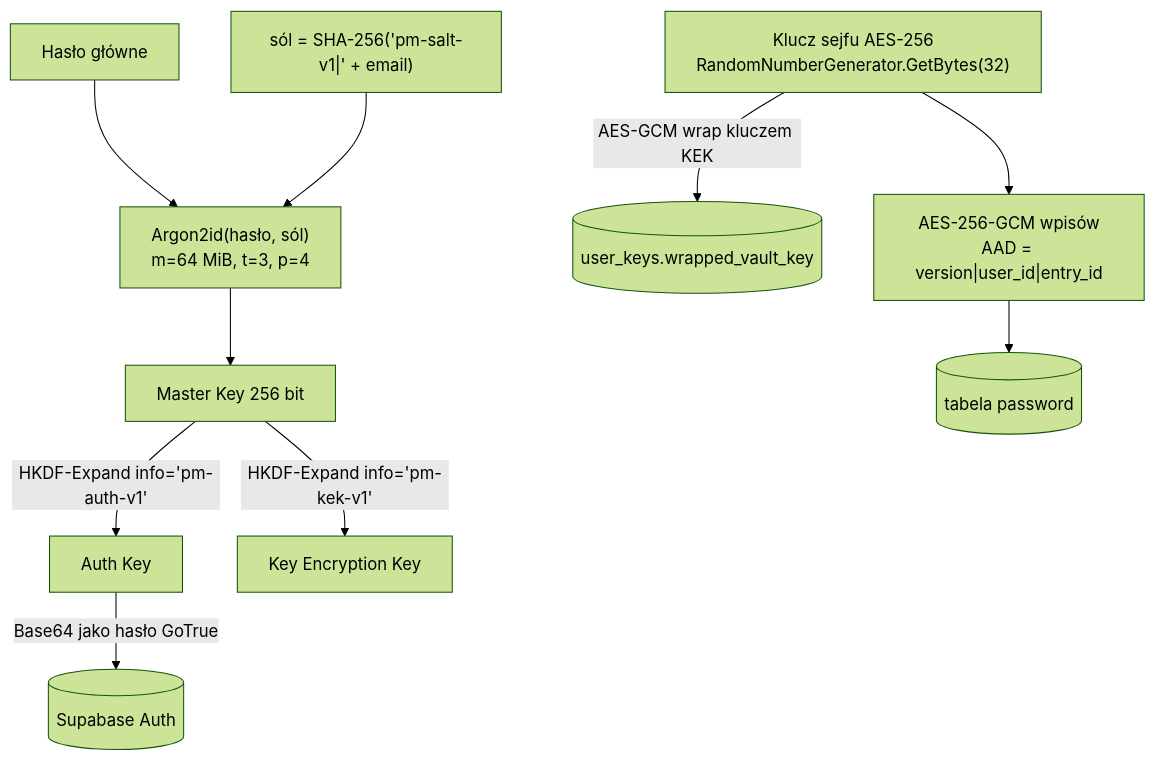
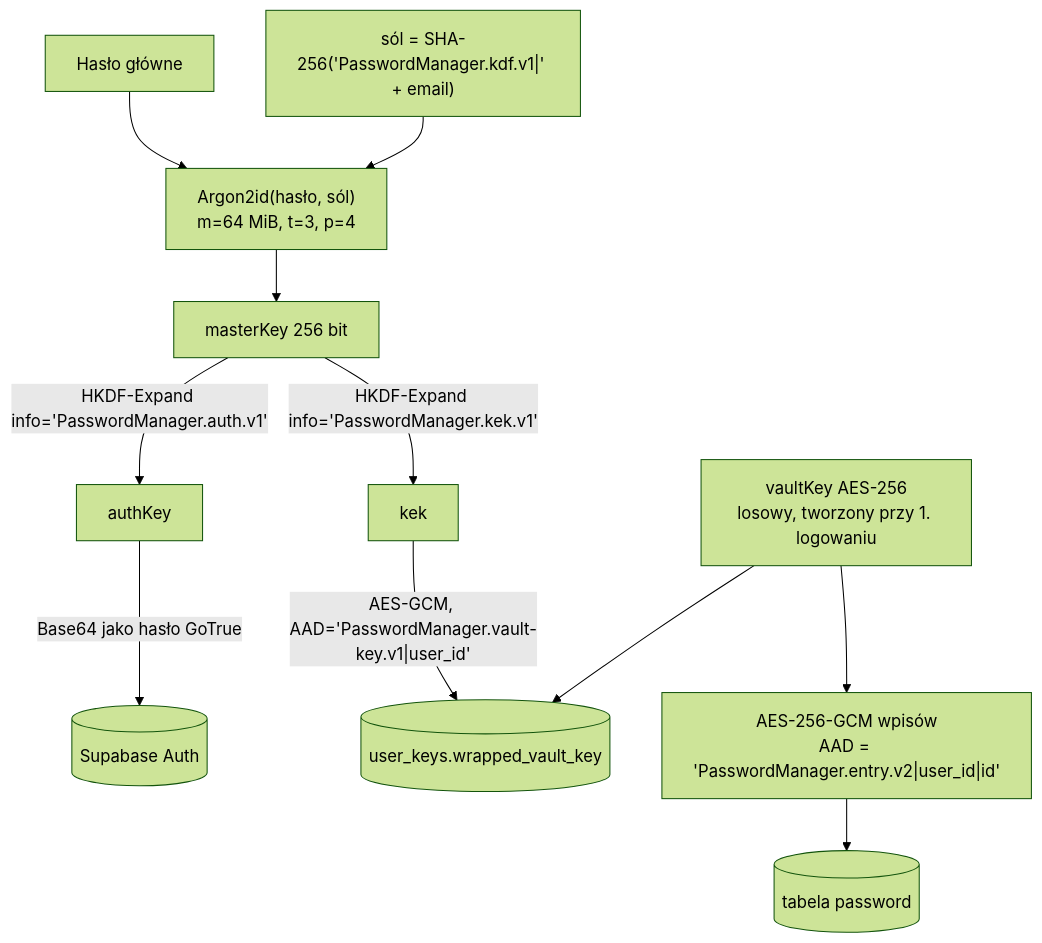
One commit to henick408/PasswordManager changed the second of 2 diagrams in docs/security-analysis.md. Above: the diagram before and after it, drawn with Mermaid (forest theme). The commit also changed other lines of this file, not shown here.

Commit message:
Update security analysis after key model v2

````diff
--- a/docs/security-analysis.md
+++ b/docs/security-analysis.md
@@ -230,12 +195,13 @@
 ```mermaid
 flowchart TD
     P[Hasło główne] --> KDF["Argon2id(hasło, sól)<br/>m=64 MiB, t=3, p=4"]
-    SALT["sól = SHA-256('pm-salt-v1|' + email)"] --> KDF
-    KDF --> MK[Master Key 256 bit]
-    MK -- "HKDF-Expand info='pm-auth-v1'" --> AK[Auth Key]
-    MK -- "HKDF-Expand info='pm-kek-v1'" --> KEK[Key Encryption Key]
+    SALT["sól = SHA-256('PasswordManager.kdf.v1|' + email)"] --> KDF
+    KDF --> MK[masterKey 256 bit]
+    MK -- "HKDF-Expand info='PasswordManager.auth.v1'" --> AK[authKey]
+    MK -- "HKDF-Expand info='PasswordManager.kek.v1'" --> KEK[kek]
     AK -- "Base64 jako hasło GoTrue" --> SB[(Supabase Auth)]
-    VK["Klucz sejfu AES-256<br/>RandomNumberGenerator.GetBytes(32)"] -- "AES-GCM wrap kluczem KEK" --> WVK[(user_keys.wrapped_vault_key)]
-    VK --> ENC["AES-256-GCM wpisów<br/>AAD = version|user_id|entry_id"]
+    KEK -- "AES-GCM, AAD='PasswordManager.vault-key.v1|user_id'" --> WVK[(user_keys.wrapped_vault_key)]
+    VK["vaultKey AES-256<br/>losowy, tworzony przy 1. logowaniu"] --> WVK
+    VK --> ENC["AES-256-GCM wpisów<br/>AAD = 'PasswordManager.entry.v2|user_id|id'"]
     ENC --> DB[(tabela password)]
 ```
````
